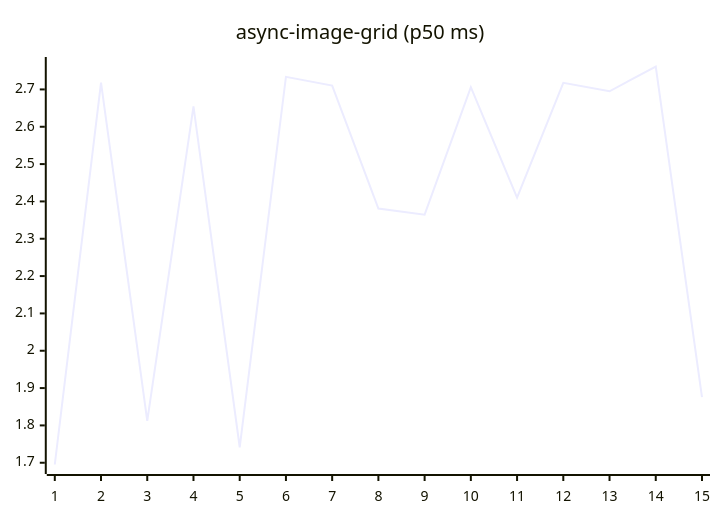
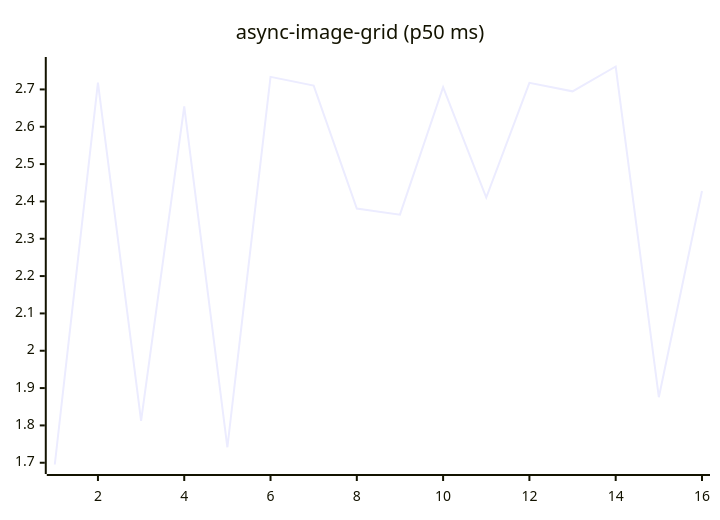
One commit to josha/Facet changed the fifth of 27 diagrams in README.md. Above: the diagram before and after it, drawn with Mermaid. The commit also changed other lines of this file and 2 other files, not shown here.

````diff
--- a/README.md
+++ b/README.md
@@ -91,6 +91,6 @@
 ```mermaid
 xychart-beta
     title "async-image-grid (p50 ms)"
-    x-axis 1 --> 15
-    line [1.6953, 2.7184, 1.8124, 2.6543, 1.7415, 2.7336, 2.7103, 2.3810, 2.3646, 2.7059, 2.4103, 2.7175, 2.6949, 2.7614, 1.8756]
+    x-axis 1 --> 16
+    line [1.6953, 2.7184, 1.8124, 2.6543, 1.7415, 2.7336, 2.7103, 2.3810, 2.3646, 2.7059, 2.4103, 2.7175, 2.6949, 2.7614, 1.8756, 2.4277]
 ```
````
